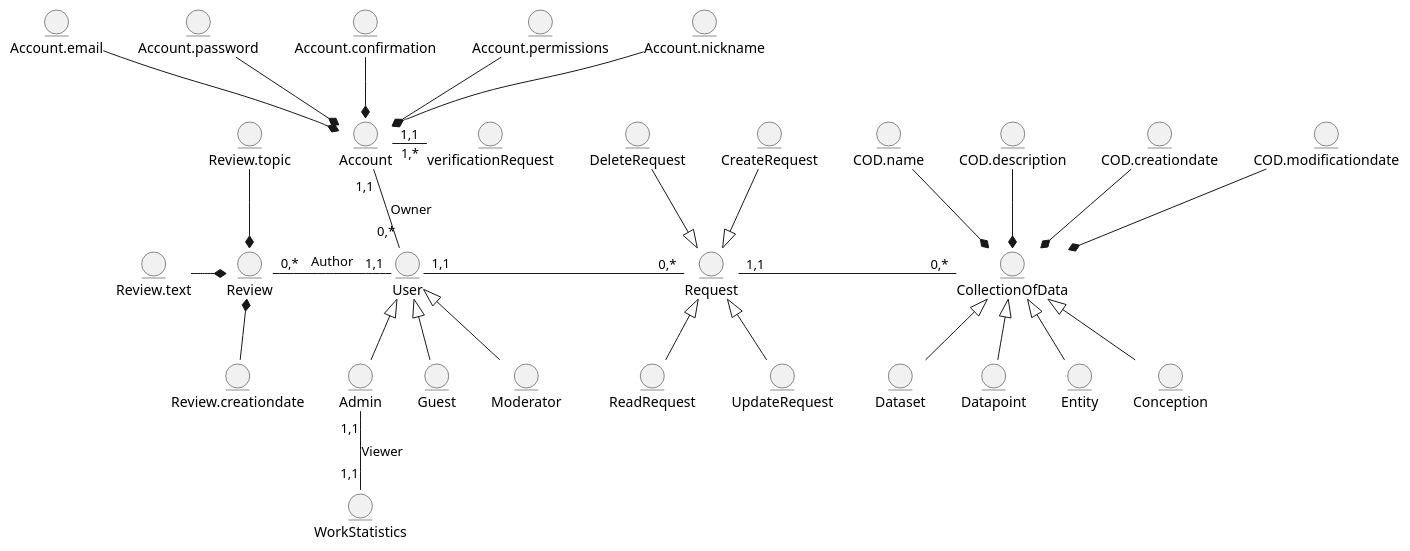
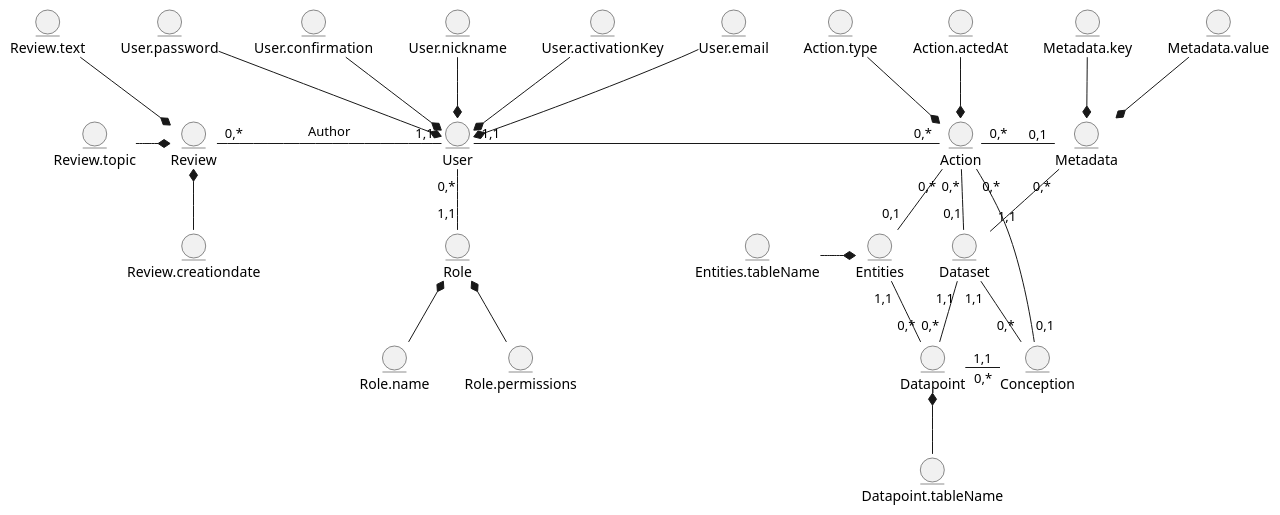
One commit to e-andrew/Industrial_Eden changed the diagram in src/uml/BE-model.puml. Above: the diagram before and after it, drawn with PlantUML.

```diff
--- a/src/uml/BE-model.puml
+++ b/src/uml/BE-model.puml
@@ -1,69 +1,65 @@
 @startuml
 
-entity Account
-entity Account.email
-entity Account.password
-entity Account.confirmation
-entity Account.permissions
-entity Account.nickname
-entity verificationRequest
- Account.email --* Account
- Account.password --* Account
- Account.confirmation --* Account
- Account.permissions --* Account
- Account.nickname --* Account
- verificationRequest "1,*" -l- "1,1" Account
+entity User
+entity User.email
+entity User.password
+entity User.confirmation
+entity User.nickname
+entity User.activationKey
 
+ User.email -d-* User
+ User.password -d-* User
+ User.confirmation -d-* User
+ User.nickname -d-* User
+ User.activationKey -d-* User
+
+entity Role
+entity Role.name
+entity Role.permissions
+
+ Role.name -u-* Role
+ Role.permissions -u-* Role
+ 
 entity Review
 entity Review.creationdate
 entity Review.text
 entity Review.topic
  Review.creationdate -u-* Review
- Review.text -r-* Review
- Review.topic -d-* Review
+ Review.text -d-* Review
+ Review.topic -r-* Review
 
-entity User
-entity Guest
-entity Moderator
-entity Admin
-entity WorkStatistics
- Guest -u-|> User
- Moderator -u-|> User
- Admin -u-|> User
- WorkStatistics "1,1" -u- "1,1" Admin : Viewer
+entity Action
+entity Action.type
+entity Action.actedAt
 
-entity CollectionOfData
-entity COD.name
-entity COD.description
-entity COD.creationdate
-entity COD.modificationdate
+ Action.type --* Action
+ Action.actedAt --* Action
+
 entity Dataset
 entity Datapoint
-entity Entity
+entity Datapoint.tableName
+ Datapoint.tableName -u-* Datapoint
+entity Entities
+entity Entities.tableName
+ Entities.tableName -r-* Entities
 entity Conception
- 
- Dataset  -u-|> CollectionOfData
- Datapoint  -u-|> CollectionOfData
- Entity  -u-|> CollectionOfData
- Conception  -u-|> CollectionOfData
- COD.name -d-* CollectionOfData
- COD.description -d-* CollectionOfData
- COD.creationdate -d-* CollectionOfData
- COD.modificationdate -d-* CollectionOfData
+entity Metadata
+entity Metadata.key
+entity Metadata.value
 
-entity Request
-entity DeleteRequest
-entity CreateRequest
-entity ReadRequest
-entity UpdateRequest
- DeleteRequest --|> Request
- CreateRequest --|> Request
- ReadRequest -u-|> Request
- UpdateRequest -u-|> Request
+ Metadata.key --* Metadata
+ Metadata.value --* Metadata
 
- User "0,*" -u- "1,1" Account : Owner
- User "1,1" -r- "0,*" Request
- Request "1,1" -r- "0,*" CollectionOfData
  User "1,1" -l- "0,*" Review : Author
-
+ User "0,*" -d- "1,1" Role
+ User "1,1" -r- "0,*" Action
+ Action "0,*" -d- "0,1" Dataset
+ Action "0,*" -d- "0,1" Entities
+ Action "0,*" -d- "0,1" Conception
+ Action "0,*" -r- "0,1" Metadata
+ Entities "1,1" -d- "0,*" Datapoint
+ Datapoint "1,1" -r- "0,*" Conception
+ Datapoint "0,*" -l- "1,1" Dataset
+ Metadata "0,*" -- "1,1" Dataset
+ Conception "0,*" -- "1,1" Dataset
 @enduml
```
